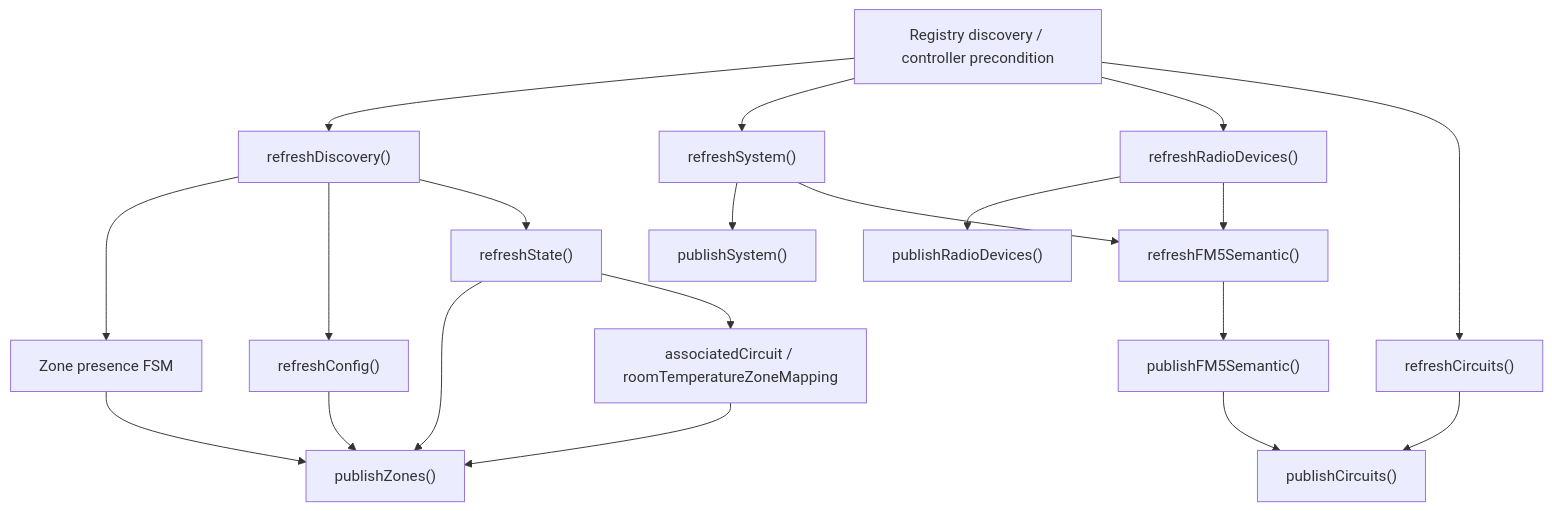
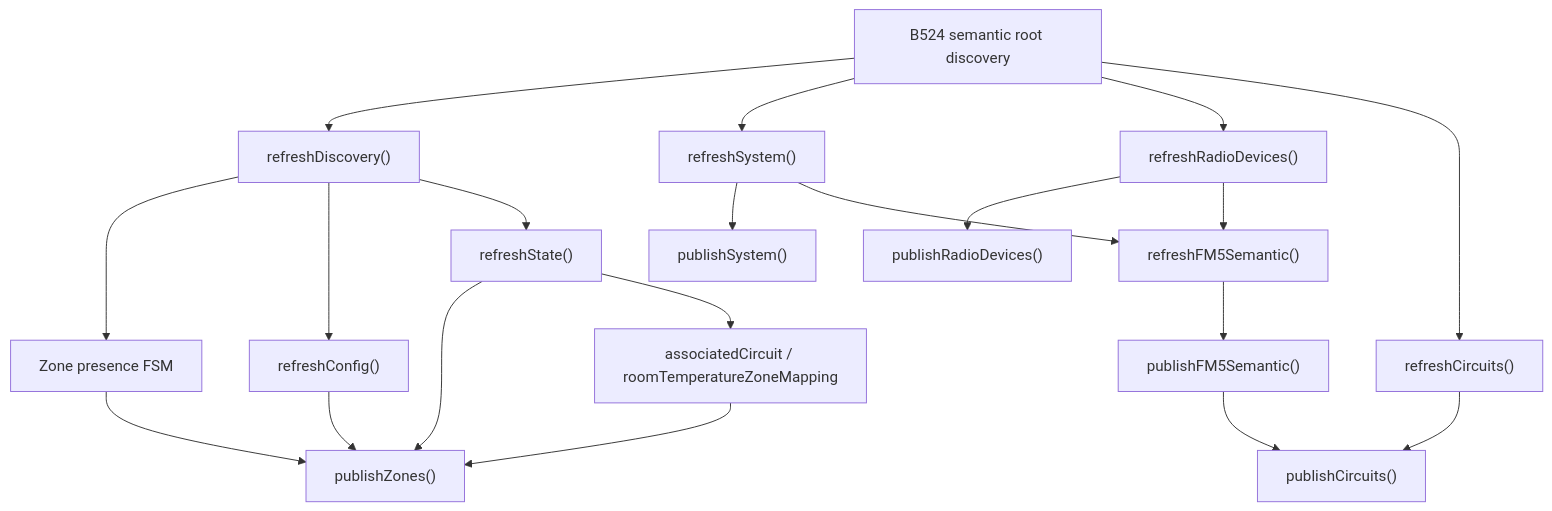
One commit to Project-Helianthus/helianthus-docs-ebus changed the diagram in architecture/semantic-structure-discovery.md. Above: the diagram before and after it, drawn with Mermaid. The commit also changed other lines of this file and 10 other files, not shown here.

````diff
--- a/architecture/semantic-structure-discovery.md
+++ b/architecture/semantic-structure-discovery.md
@@ -38,26 +45,26 @@
 ```mermaid
 flowchart TD
-  A["Registry discovery / controller precondition"] --> B["refreshDiscovery()"]
+  A["B524 semantic root discovery"] --> B["refreshDiscovery()"]
   B --> C["Zone presence FSM"]
   C --> D["publishZones()"]
 
   A --> E["refreshSystem()"]
   A --> F["refreshRadioDevices()"]
   A --> G["refreshCircuits()"]
 
   E --> H["publishSystem()"]
   F --> I["publishRadioDevices()"]
   G --> J["publishCircuits()"]
 
   E --> K["refreshFM5Semantic()"]
   F --> K
   K --> L["publishFM5Semantic()"]
   L --> J
 
   B --> M["refreshConfig()"]
   B --> N["refreshState()"]
   M --> D
   N --> D
   N --> O["associatedCircuit / roomTemperatureZoneMapping"]
   O --> D
 ```
````
